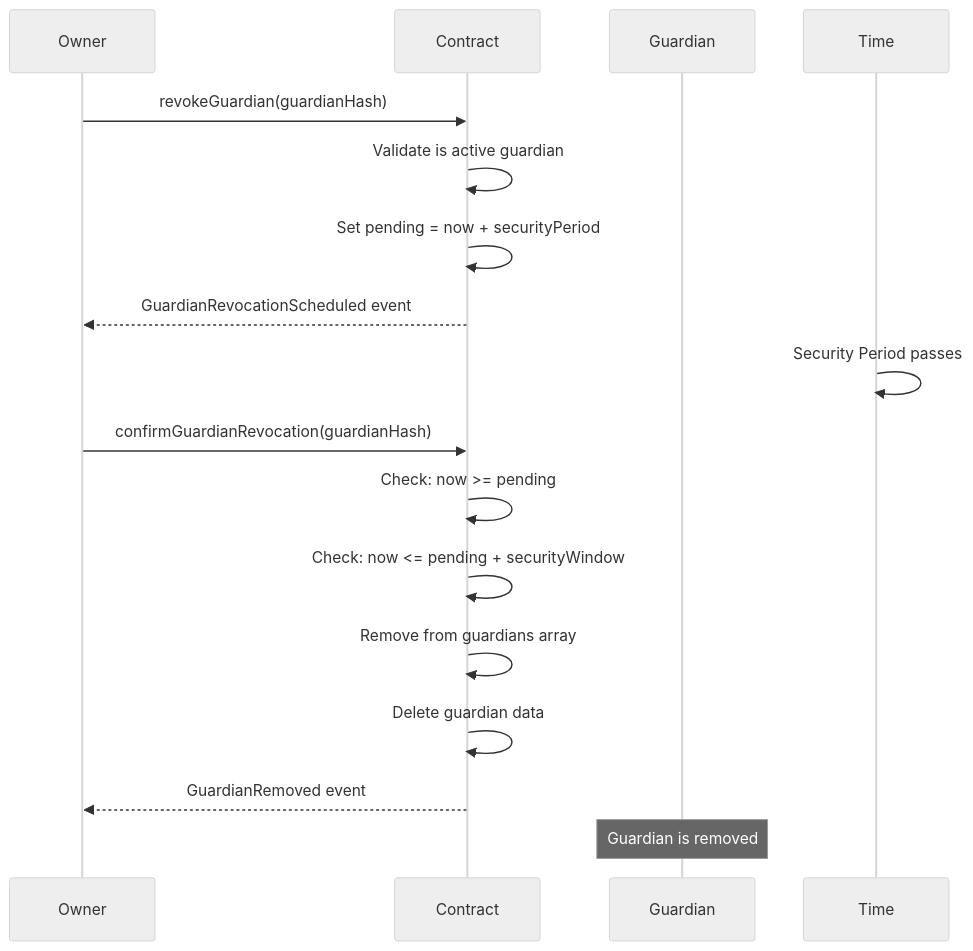
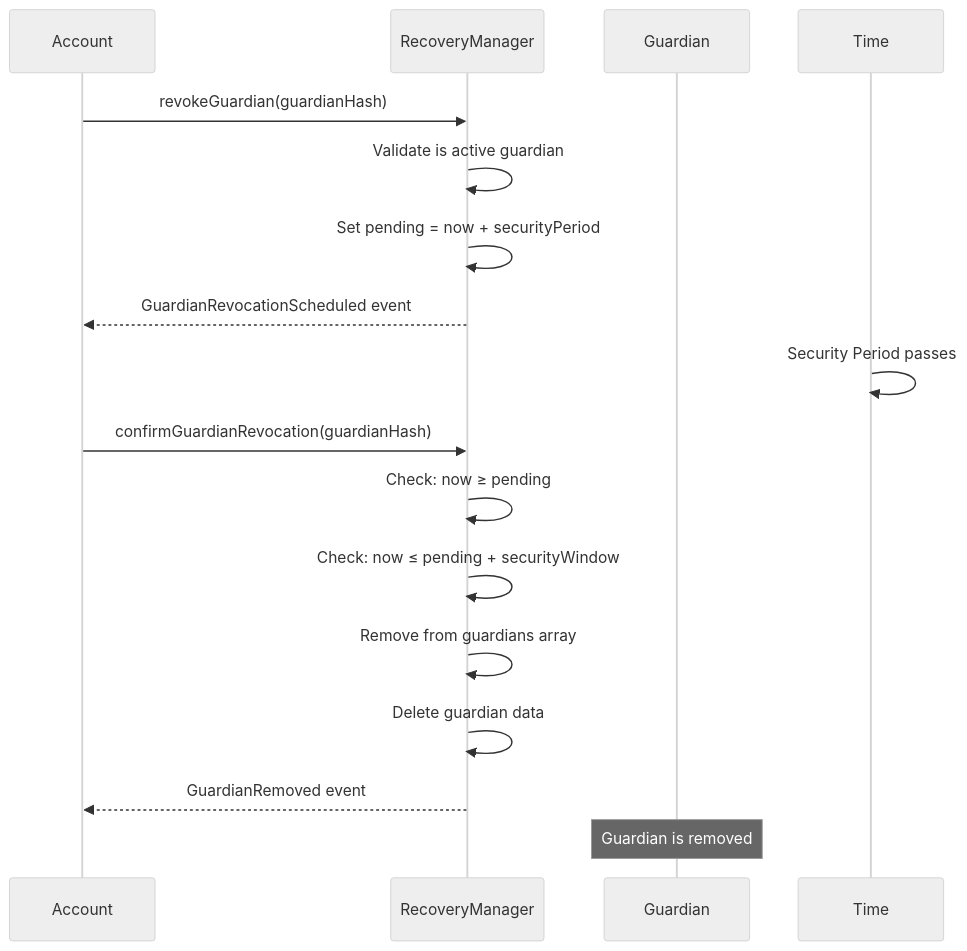
The fourth of 7 diagrams in docs/Recovery.md (openfort-xyz/openfort-7702-account), drawn with Mermaid (neutral theme) before and after one commit. The commit also changed other lines of this file and 1 other file, not shown here.

Commit message:
(docs) Session Keys and Recovery

````diff
--- a/docs/Recovery.md
+++ b/docs/Recovery.md
@@ -191,23 +196,23 @@
 ```mermaid
 sequenceDiagram
-    participant Owner
-    participant Contract
+    participant Account
+    participant RecoveryManager
     participant Guardian
     participant Time
 
-    Owner->>Contract: revokeGuardian(guardianHash)
-    Contract->>Contract: Validate is active guardian
-    Contract->>Contract: Set pending = now + securityPeriod
-    Contract-->>Owner: GuardianRevocationScheduled event
+    Account->>RecoveryManager: revokeGuardian(guardianHash)
+    RecoveryManager->>RecoveryManager: Validate is active guardian
+    RecoveryManager->>RecoveryManager: Set pending = now + securityPeriod
+    RecoveryManager-->>Account: GuardianRevocationScheduled event
     
     Time->>Time: Security Period passes
     
-    Owner->>Contract: confirmGuardianRevocation(guardianHash)
-    Contract->>Contract: Check: now >= pending
-    Contract->>Contract: Check: now <= pending + securityWindow
-    Contract->>Contract: Remove from guardians array
-    Contract->>Contract: Delete guardian data
-    Contract-->>Owner: GuardianRemoved event
+    Account->>RecoveryManager: confirmGuardianRevocation(guardianHash)
+    RecoveryManager->>RecoveryManager: Check: now ≥ pending
+    RecoveryManager->>RecoveryManager: Check: now ≤ pending + securityWindow
+    RecoveryManager->>RecoveryManager: Remove from guardians array
+    RecoveryManager->>RecoveryManager: Delete guardian data
+    RecoveryManager-->>Account: GuardianRemoved event
     
     Note over Guardian: Guardian is removed
 ```
````
